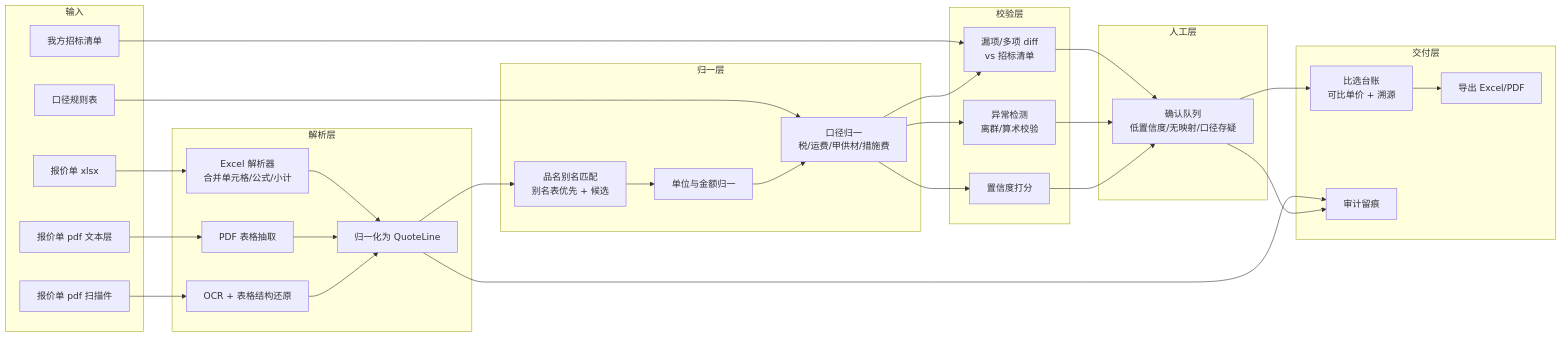
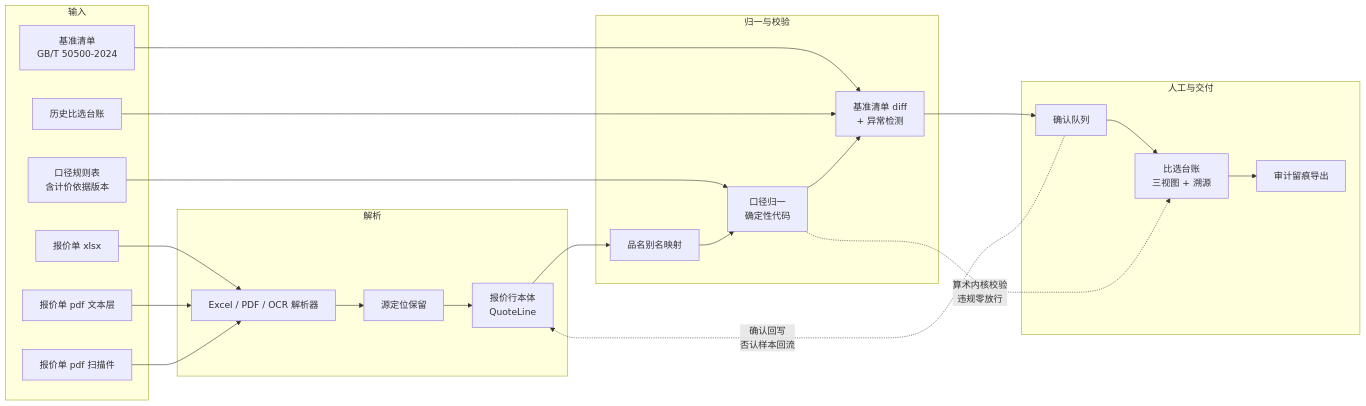
One commit to yhyu13/FDE20261023 changed the diagram in problems/04-山南勘测-分包报价比选.md. Above: the diagram before and after it, drawn with Mermaid. The commit also changed other lines of this file and 10 other files, not shown here.

````diff
--- a/problems/04-山南勘测-分包报价比选.md
+++ b/problems/04-山南勘测-分包报价比选.md
@@ -152,54 +172,40 @@
 ```mermaid
 flowchart LR
   subgraph 输入
     A1[报价单 xlsx]
     A2[报价单 pdf 文本层]
     A3[报价单 pdf 扫描件]
-    A4[我方招标清单]
-    A5[口径规则表]
+    A4[基准清单<br/>GB/T 50500-2024]
+    A5[口径规则表<br/>含计价依据版本]
+    A6[历史比选台账]
   end
 
-  subgraph 解析层
-    B1[Excel 解析器<br/>合并单元格/公式/小计]
-    B2[PDF 表格抽取]
-    B3[OCR + 表格结构还原]
-    B4[归一化为 QuoteLine]
+  subgraph 解析
+    B1[Excel / PDF / OCR 解析器]
+    B2[源定位保留]
+    B3[报价行本体<br/>QuoteLine]
   end
 
-  subgraph 归一层
-    C1[品名别名匹配<br/>别名表优先 + 候选]
-    C2[单位与金额归一]
-    C3[口径归一<br/>税/运费/甲供材/措施费]
+  subgraph 归一与校验
+    C1[品名别名映射]
+    C2[口径归一<br/>确定性代码]
+    C3[基准清单 diff<br/>+ 异常检测]
   end
 
-  subgraph 校验层
-    D1[漏项/多项 diff<br/>vs 招标清单]
-    D2[异常检测<br/>离群/算术校验]
-    D3[置信度打分]
+  subgraph 人工与交付
+    D1[确认队列]
+    D2[比选台账<br/>三视图 + 溯源]
+    D3[审计留痕导出]
   end
 
-  subgraph 人工层
-    E1[确认队列<br/>低置信度/无映射/口径存疑]
-  end
-
-  subgraph 交付层
-    F1[比选台账<br/>可比单价 + 溯源]
-    F2[导出 Excel/PDF]
-    F3[审计留痕]
-  end
-
-  A1 --> B1 --> B4
-  A2 --> B2 --> B4
-  A3 --> B3 --> B4
-  A4 --> D1
-  A5 --> C3
-  B4 --> C1 --> C2 --> C3 --> D3
-  C3 --> D1
-  C3 --> D2
-  D1 --> E1
-  D2 --> E1
-  D3 --> E1
-  E1 --> F1 --> F2
-  B4 --> F3
-  E1 --> F3
+  A1 --> B1 --> B2 --> B3
+  A2 --> B1
+  A3 --> B1
+  A4 --> C3
+  A5 --> C2
+  A6 --> C3
+  B3 --> C1 --> C2 --> C3 --> D1
+  D1 --> D2 --> D3
+  C2 -.算术内核校验<br/>违规零放行.-> D2
+  D1 -.确认回写<br/>否认样本回流.-> B3
 ```
````
